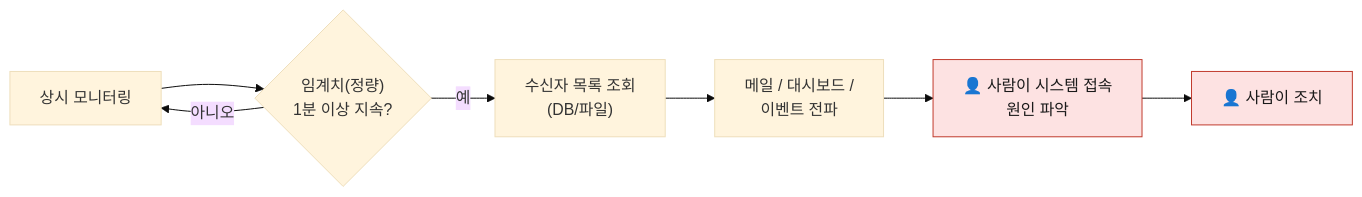
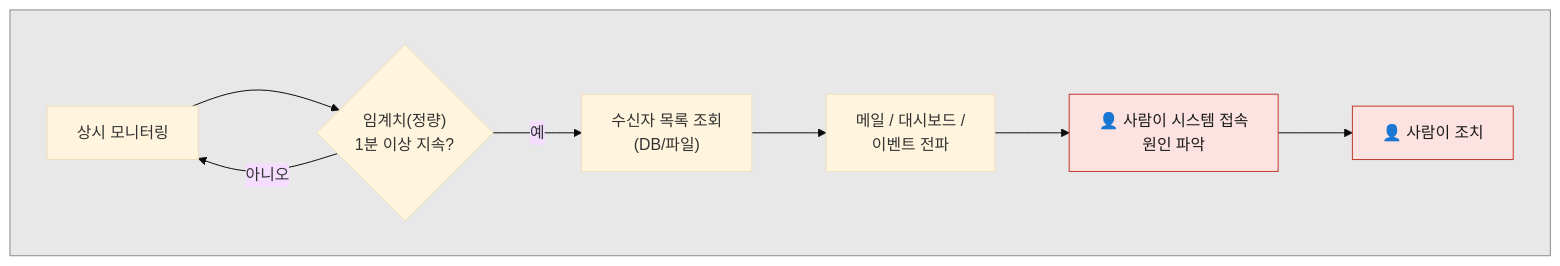
One commit to kongrtan/zt9k39pm2e changed the first of 4 diagrams in docs/01_architecture.md. Above: the diagram before and after it, drawn with Mermaid (base theme). The commit also changed other lines of this file and 3 other files, not shown here.

````diff
--- a/docs/01_architecture.md
+++ b/docs/01_architecture.md
@@ -13,12 +13,16 @@
 ```mermaid
 flowchart LR
-    A["상시 모니터링"] --> B{"임계치(정량)<br/>1분 이상 지속?"}
-    B -- 아니오 --> A
-    B -- 예 --> C["수신자 목록 조회<br/>(DB/파일)"]
-    C --> D["메일 / 대시보드 /<br/>이벤트 전파"]
-    D --> E["👤 사람이 시스템 접속<br/>원인 파악"]
-    E --> F["👤 사람이 조치"]
+    subgraph BG[" "]
+        direction LR
+        A["상시 모니터링"] --> B{"임계치(정량)<br/>1분 이상 지속?"}
+        B -- 아니오 --> A
+        B -- 예 --> C["수신자 목록 조회<br/>(DB/파일)"]
+        C --> D["메일 / 대시보드 /<br/>이벤트 전파"]
+        D --> E["👤 사람이 시스템 접속<br/>원인 파악"]
+        E --> F["👤 사람이 조치"]
+    end
+    style BG fill:#8080802e,stroke:#8a8a8a
 
     classDef human fill:#fde2e2,stroke:#c0392b,color:#1a1a1a;
     class E,F human;
 ```
````
